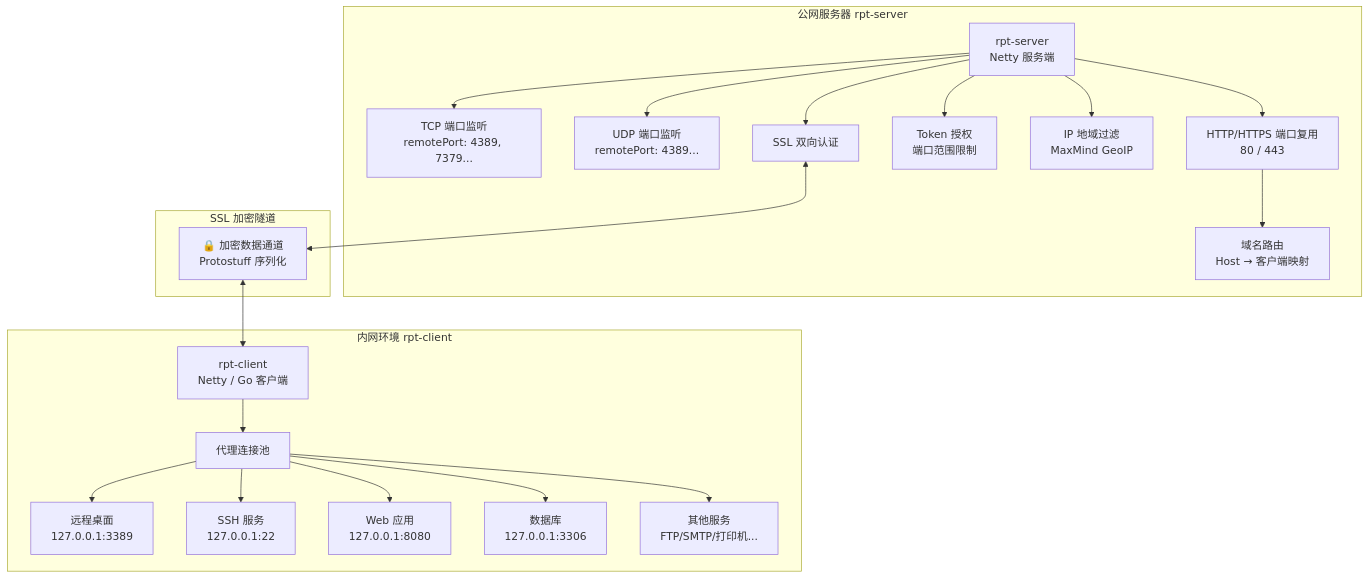
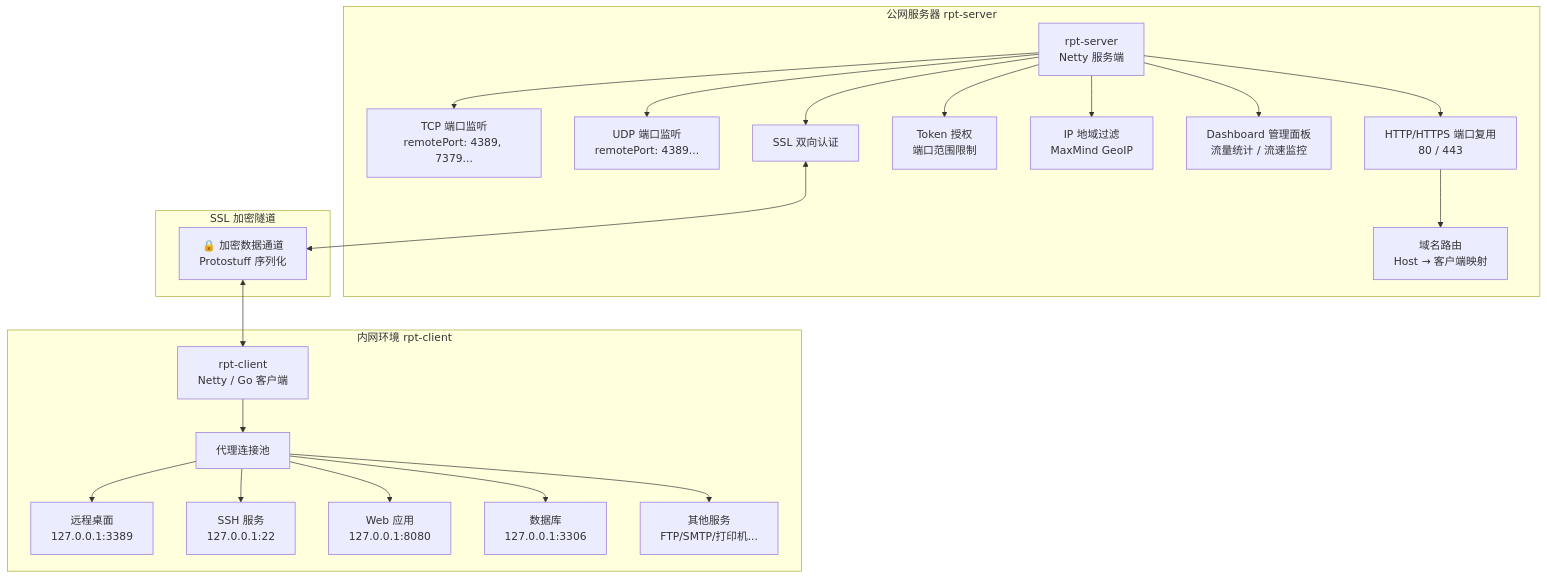
One commit to iamlinhui/rpt changed the second of 2 diagrams in README.md. Above: the diagram before and after it, drawn with Mermaid. The commit also changed other lines of this file and 1 other file, not shown here.

````diff
--- a/README.md
+++ b/README.md
@@ -83,30 +84,31 @@
 ```mermaid
 graph TB
     subgraph "公网服务器 rpt-server"
         S["rpt-server<br/>Netty 服务端"]
         S --> TCP_BIND["TCP 端口监听<br/>remotePort: 4389, 7379..."]
         S --> UDP_BIND["UDP 端口监听<br/>remotePort: 4389..."]
         S --> HTTP_BIND["HTTP/HTTPS 端口复用<br/>80 / 443"]
         HTTP_BIND --> ROUTE["域名路由<br/>Host → 客户端映射"]
         S --> AUTH["Token 授权<br/>端口范围限制"]
         S --> GEO["IP 地域过滤<br/>MaxMind GeoIP"]
+        S --> DASH["Dashboard 管理面板<br/>流量统计 / 流速监控"]
         S --> SSL_S["SSL 双向认证"]
     end
 
     subgraph "SSL 加密隧道"
         TUNNEL["🔒 加密数据通道<br/>Protostuff 序列化"]
     end
 
     subgraph "内网环境 rpt-client"
         C["rpt-client<br/>Netty / Go 客户端"]
         C --> P1["代理连接池"]
         P1 --> RDP["远程桌面<br/>127.0.0.1:3389"]
         P1 --> SSH["SSH 服务<br/>127.0.0.1:22"]
         P1 --> WEB["Web 应用<br/>127.0.0.1:8080"]
         P1 --> DB["数据库<br/>127.0.0.1:3306"]
         P1 --> OTHER["其他服务<br/>FTP/SMTP/打印机..."]
     end
 
     SSL_S <--> TUNNEL
     TUNNEL <--> C
 ```
````
